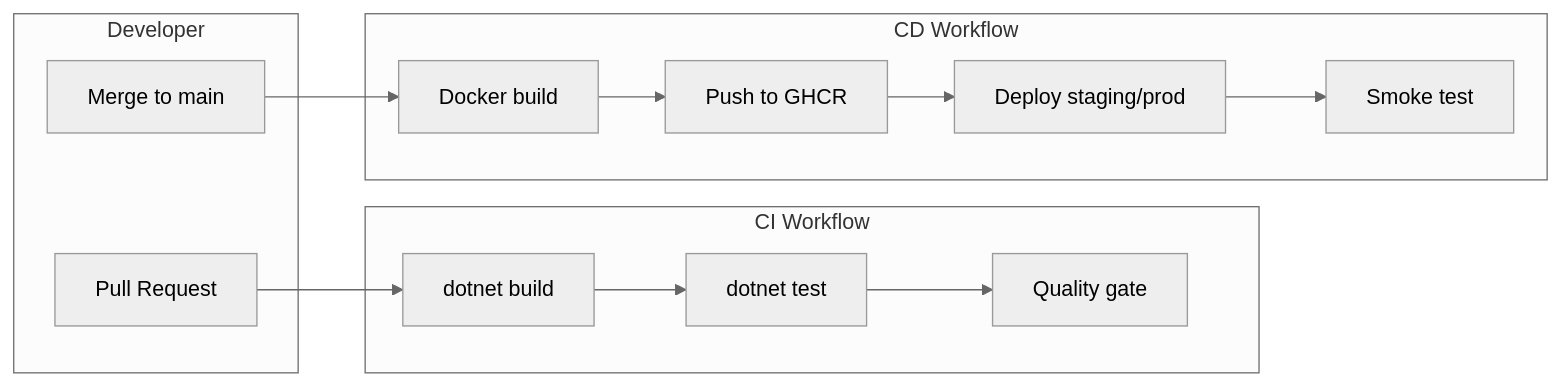
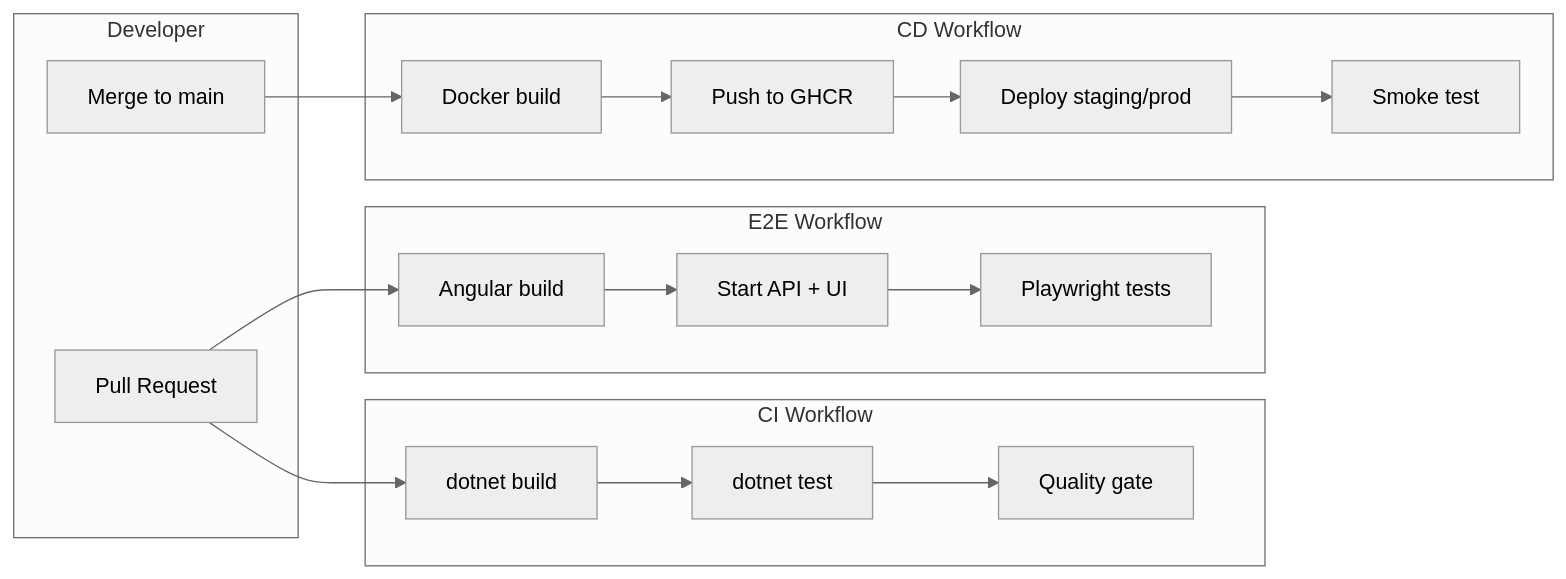
The diagram in README.md (angar4ik/dotnet-cicd-pipeline), drawn with Mermaid (neutral theme) before and after one commit. The commit also changed other lines of this file and 4 other files, not shown here.

First line of the commit message:
docs: add Angular UI + Playwright E2E to all documentation

````diff
--- a/README.md
+++ b/README.md
@@ -62,23 +73,30 @@
 ```mermaid
 flowchart LR
   subgraph dev [Developer]
     PR[Pull Request]
     Merge[Merge to main]
   end
 
   subgraph ci [CI Workflow]
     Build[dotnet build]
     Test[dotnet test]
     Gate[Quality gate]
   end
 
+  subgraph e2e [E2E Workflow]
+    UI[Angular build]
+    Start[Start API + UI]
+    PW[Playwright tests]
+  end
+
   subgraph cd [CD Workflow]
     Docker[Docker build]
     GHCR[Push to GHCR]
     Deploy[Deploy staging/prod]
     Smoke[Smoke test]
   end
 
   PR --> Build --> Test --> Gate
+  PR --> UI --> Start --> PW
   Merge --> Docker --> GHCR --> Deploy --> Smoke
 ```
````
